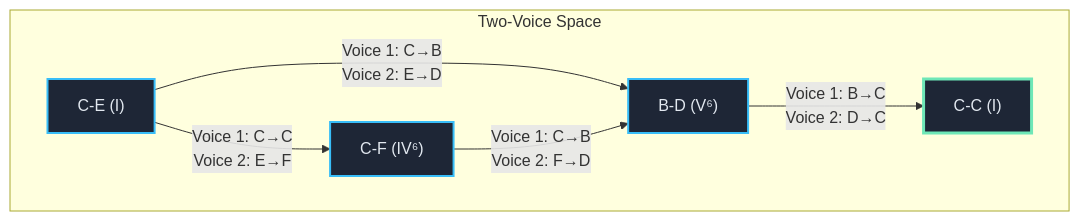
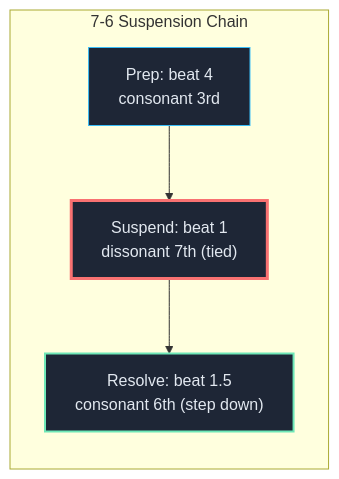
Before and after one commit to blebleblee/synapse: the first of 3 diagrams in topics/arts/composition/counterpoint/lesson_03_free_counterpoint.md, drawn with Mermaid. The commit also changed other lines of this file and 4 other files, not shown here.

````diff
--- a/topics/arts/composition/counterpoint/lesson_03_free_counterpoint.md
+++ b/topics/arts/composition/counterpoint/lesson_03_free_counterpoint.md
@@ -57,14 +73,10 @@
 ```mermaid
-graph TD
-    subgraph sub_two_voice_space ["Two-Voice Space"]
-        A["C-E (I)"] -->|"Voice 1: C→B<br/>Voice 2: E→D"| B["B-D (V⁶)"]
-        B -->|"Voice 1: B→C<br/>Voice 2: D→C"| C["C-C (I)"]
-        A -->|"Voice 1: C→C<br/>Voice 2: E→F"| D["C-F (IV⁶)"]
-        D -->|"Voice 1: C→B<br/>Voice 2: F→D"| B
+graph LR
+    subgraph sus_chain ["7-6 Suspension Chain"]
+        P["Prep: beat 4<br/>consonant 3rd"] --> S["Suspend: beat 1<br/>dissonant 7th (tied)"]
+        S --> R["Resolve: beat 1.5<br/>consonant 6th (step down)"]
     end
-    
-    style A fill:#1E2636,stroke:#38BDF8,stroke-width:2px,color:#E2E8F0
-    style B fill:#1E2636,stroke:#38BDF8,stroke-width:2px,color:#E2E8F0
-    style C fill:#1E2636,stroke:#6EE7B7,stroke-width:3px,color:#E2E8F0
-    style D fill:#1E2636,stroke:#38BDF8,stroke-width:2px,color:#E2E8F0
+    style P fill:#1E2636,stroke:#38BDF8,color:#E2E8F0
+    style S fill:#1E2636,stroke:#F87171,stroke-width:3px,color:#E2E8F0
+    style R fill:#1E2636,stroke:#6EE7B7,stroke-width:2px,color:#E2E8F0
 ```
````
